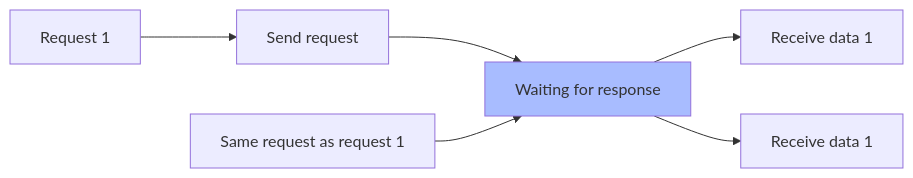
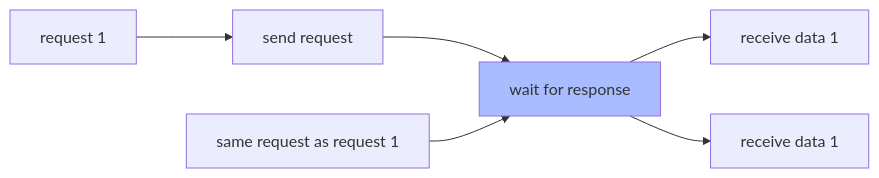
The diagram in docs/tutorial/02-getting-started/03-method.md (alovajs/alovajs.github.io), drawn with Mermaid before and after one commit. The commit also changed other lines of this file and 398 other files, not shown here.

````diff
--- a/docs/tutorial/02-getting-started/03-method.md
+++ b/docs/tutorial/02-getting-started/03-method.md
@@ -188,6 +191,6 @@
 ```mermaid
 flowchart LR
-   classDef response fill:#a8bcff
-   R1[Request 1] --> S1[Send request] --> W1[Waiting for response]:::response --> RE1[Receive data 1]
-   R2[Same request as request 1] --> W1[Waiting for response]:::response --> RE2[Receive data 1]
+classDef response fill:#a8bcff
+R1[request 1] --> S1[send request] --> W1[wait for response]:::response --> RE1[receive data 1]
+R2[same request as request 1] --> W1[wait for response]:::response --> RE2[receive data 1]
 ```
````
